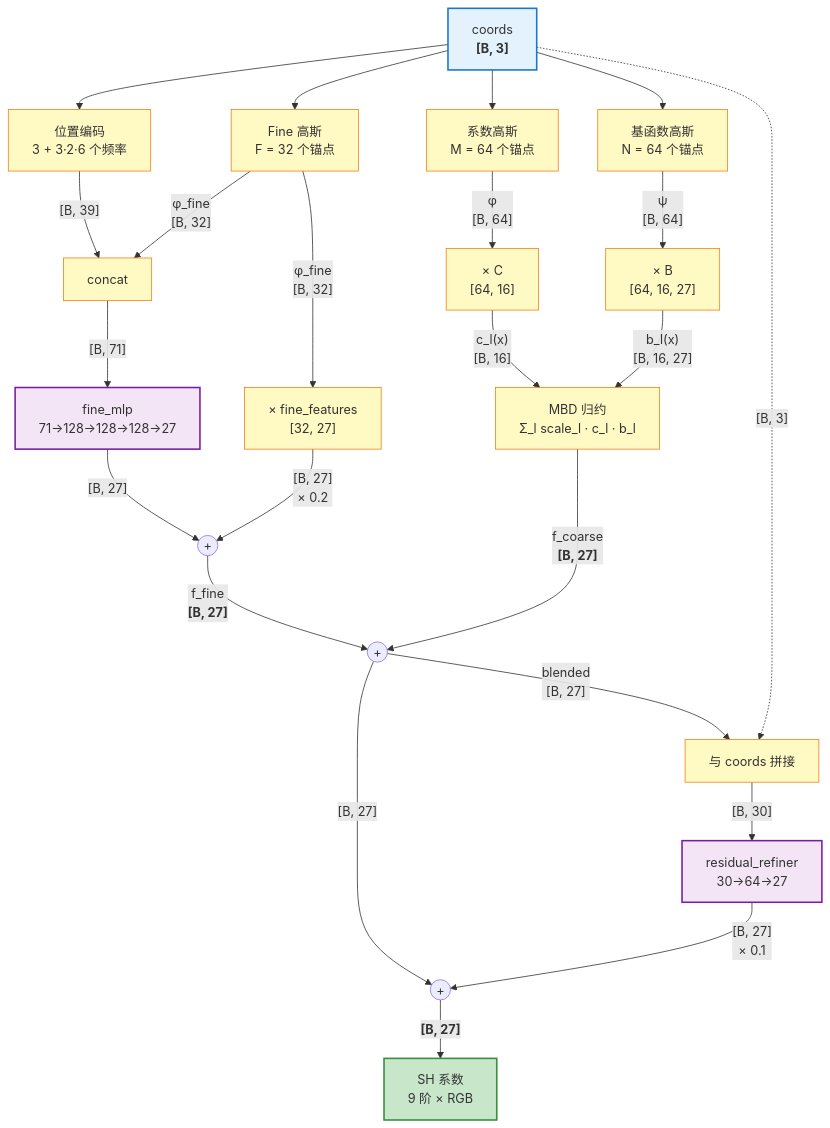
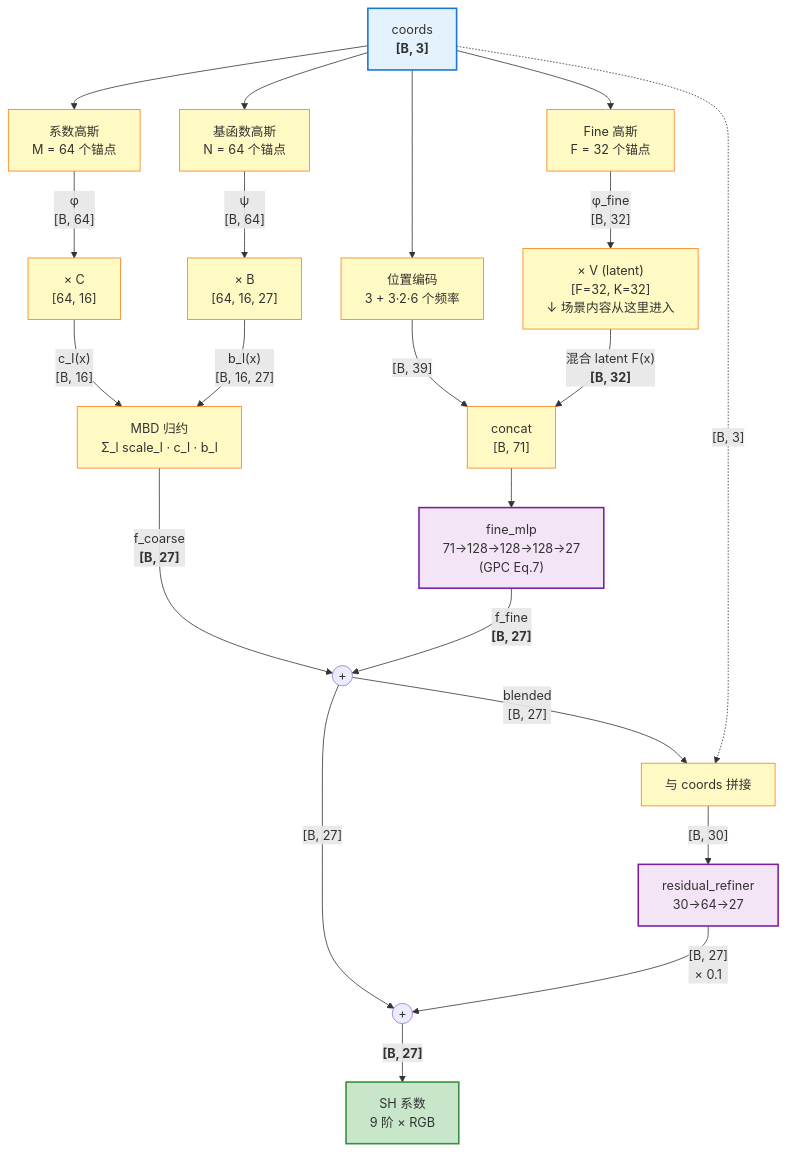
Before and after one commit to Suzunei/Lighting_data_compression: the first of 3 diagrams in README.zh-CN.md, drawn with Mermaid. The commit also changed other lines of this file and 6 other files, not shown here.

````diff
--- a/README.zh-CN.md
+++ b/README.zh-CN.md
@@ -37,36 +37,33 @@
 ```mermaid
 flowchart TD
     INPUT["coords<br/><b>[B, 3]</b>"]:::input
 
     INPUT --> PE["位置编码<br/>3 + 3·2·6 个频率"]:::op
     INPUT --> COEFF_G["系数高斯<br/>M = 64 个锚点"]:::op
     INPUT --> BASIS_G["基函数高斯<br/>N = 64 个锚点"]:::op
     INPUT --> FINE_G["Fine 高斯<br/>F = 32 个锚点"]:::op
 
-    PE -->|"[B, 39]"| CAT
-    FINE_G -->|"φ_fine<br/>[B, 32]"| CAT["concat"]:::op
-    FINE_G -->|"φ_fine<br/>[B, 32]"| FINTERP["× fine_features<br/>[32, 27]"]:::op
-
-    CAT -->|"[B, 71]"| FMLP["fine_mlp<br/>71→128→128→128→27"]:::mlp
-    FMLP -->|"[B, 27]"| FADD(("+"))
-    FINTERP -->|"[B, 27]<br/>× 0.2"| FADD
-    FADD -->|"f_fine<br/><b>[B, 27]</b>"| BLEND(("+"))
-
     COEFF_G -->|"φ<br/>[B, 64]"| MC["× C<br/>[64, 16]"]:::op
     BASIS_G -->|"ψ<br/>[B, 64]"| MB["× B<br/>[64, 16, 27]"]:::op
     MC -->|"c_l(x)<br/>[B, 16]"| MBD["MBD 归约<br/>Σ_l scale_l · c_l · b_l"]:::op
     MB -->|"b_l(x)<br/>[B, 16, 27]"| MBD
-    MBD -->|"f_coarse<br/><b>[B, 27]</b>"| BLEND
+    MBD -->|"f_coarse<br/><b>[B, 27]</b>"| BLEND(("+"))
+
+    FINE_G -->|"φ_fine<br/>[B, 32]"| MIX["× V (latent)<br/>[F=32, K=32]<br/>↓ 场景内容从这里进入"]:::op
+    PE -->|"[B, 39]"| CAT["concat<br/>[B, 71]"]:::op
+    MIX -->|"混合 latent F(x)<br/><b>[B, 32]</b>"| CAT
+    CAT --> FMLP["fine_mlp<br/>71→128→128→128→27<br/>(GPC Eq.7)"]:::mlp
+    FMLP -->|"f_fine<br/><b>[B, 27]</b>"| BLEND
 
     BLEND -->|"blended<br/>[B, 27]"| REFCAT["与 coords 拼接"]:::op
     INPUT -.->|"[B, 3]"| REFCAT
     REFCAT -->|"[B, 30]"| REF["residual_refiner<br/>30→64→27"]:::mlp
     BLEND -->|"[B, 27]"| FINAL(("+"))
     REF -->|"[B, 27]<br/>× 0.1"| FINAL
     FINAL -->|"<b>[B, 27]</b>"| OUT["SH 系数<br/>9 阶 × RGB"]:::output
 
     classDef input fill:#e3f2fd,stroke:#1976d2,stroke-width:2px
     classDef output fill:#c8e6c9,stroke:#388e3c,stroke-width:2px
     classDef op fill:#fff9c4,stroke:#f57f17
     classDef mlp fill:#f3e5f5,stroke:#7b1fa2,stroke-width:2px
 ```
````
